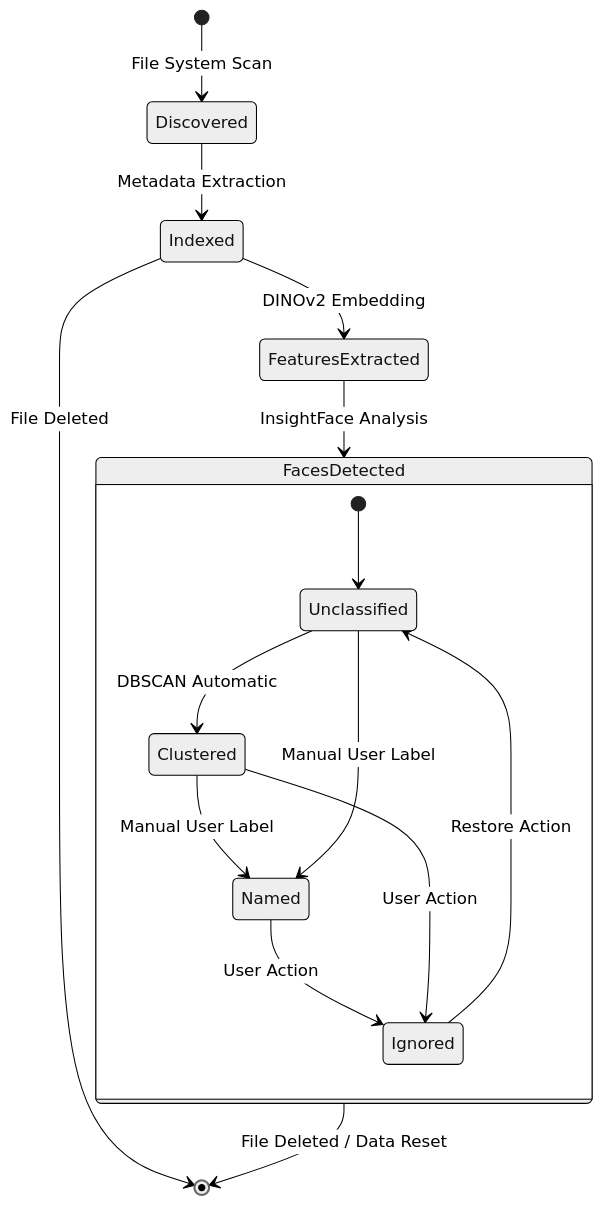
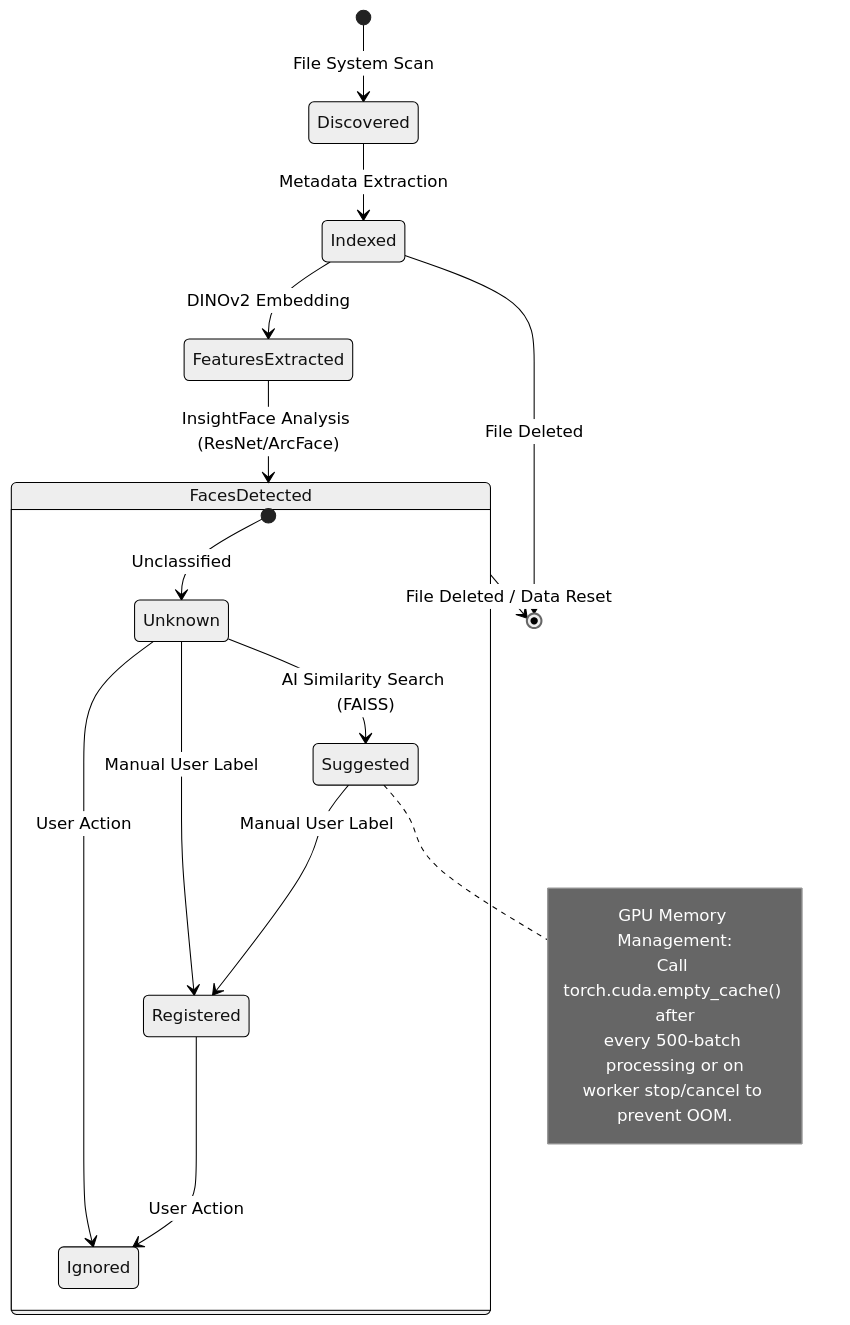
One commit to osakabe/PhotoArrange changed the first of 2 diagrams in docs/design/state_machine.md. Above: the diagram before and after it, drawn with Mermaid (neutral theme). The commit also changed other lines of this file and 118 other files, not shown here.

Commit message:
Architectural refactoring, repository pattern implementation, and performance optimization (v4.5)

````diff
--- a/docs/design/state_machine.md
+++ b/docs/design/state_machine.md
@@ -3,20 +6,26 @@
 ```mermaid
 stateDiagram-v2
     [*] --> Discovered: File System Scan
     Discovered --> Indexed: Metadata Extraction
     Indexed --> FeaturesExtracted: DINOv2 Embedding
-    FeaturesExtracted --> FacesDetected: InsightFace Analysis
+    FeaturesExtracted --> FacesDetected: InsightFace Analysis (ResNet/ArcFace)
     
     state FacesDetected {
-        [*] --> Unclassified
-        Unclassified --> Clustered: DBSCAN Automatic
-        Clustered --> Named: Manual User Label
-        Unclassified --> Named: Manual User Label
-        Named --> Ignored: User Action
-        Clustered --> Ignored: User Action
-        Ignored --> Unclassified: Restore Action
+        [*] --> Unknown: Unclassified
+        Unknown --> Suggested: AI Similarity Search (FAISS)
+        Suggested --> Registered: Manual User Label
+        Unknown --> Registered: Manual User Label
+        Registered --> Ignored: User Action
+        Unknown --> Ignored: User Action
+        
+        note right of Suggested
+            GPU Memory Management:
+            Call torch.cuda.empty_cache() after
+            every 500-batch processing or on
+            worker stop/cancel to prevent OOM.
+        end note
     }
     
     Indexed --> [*]: File Deleted
     FacesDetected --> [*]: File Deleted / Data Reset
 ```
````
